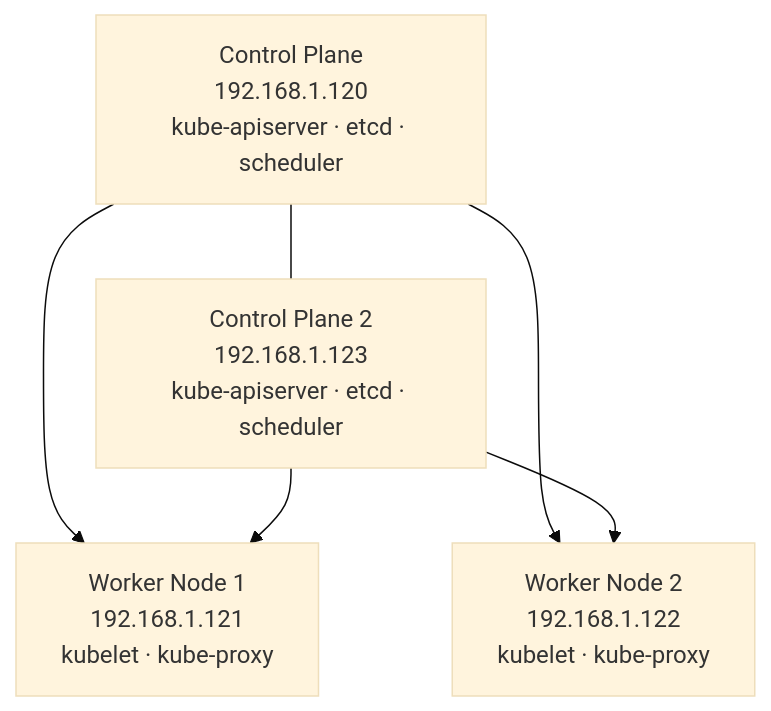
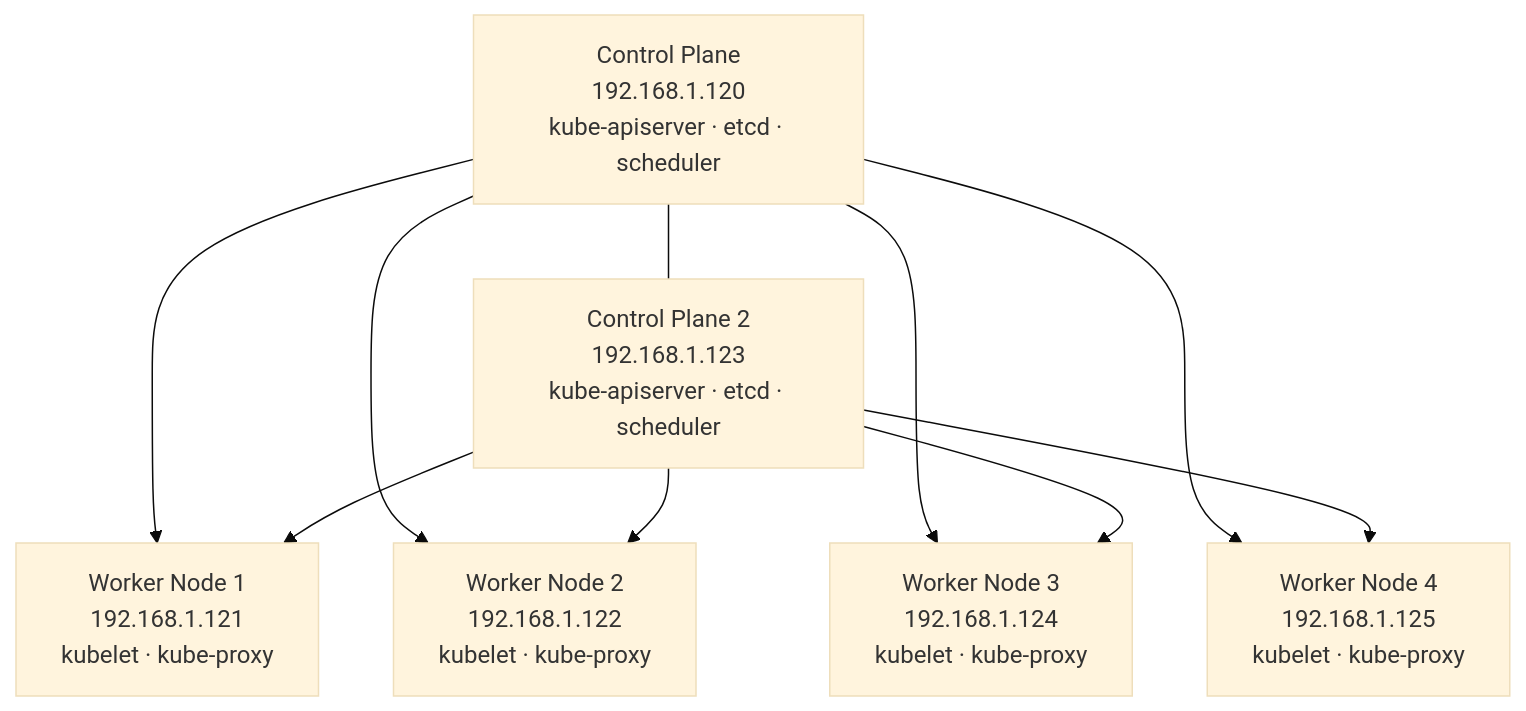
The first of 3 diagrams in kubernetes.md (Ramphy0x90/r16a-infra), drawn with Mermaid (base theme) before and after one commit. The commit also changed other lines of this file and 3 other files, not shown here.

````diff
--- a/kubernetes.md
+++ b/kubernetes.md
@@ -24,13 +24,19 @@
 ```mermaid
 graph TD
     CP[Control Plane<br>192.168.1.120<br>kube-apiserver · etcd · scheduler]
     CP2[Control Plane 2<br>192.168.1.123<br>kube-apiserver · etcd · scheduler]
     W1[Worker Node 1<br>192.168.1.121<br>kubelet · kube-proxy]
     W2[Worker Node 2<br>192.168.1.122<br>kubelet · kube-proxy]
+    W3[Worker Node 3<br>192.168.1.124<br>kubelet · kube-proxy]
+    W4[Worker Node 4<br>192.168.1.125<br>kubelet · kube-proxy]
 
     CP --- CP2
     CP --> W1
     CP --> W2
+    CP --> W3
+    CP --> W4
     CP2 --> W1
     CP2 --> W2
+    CP2 --> W3
+    CP2 --> W4
 ```
````
